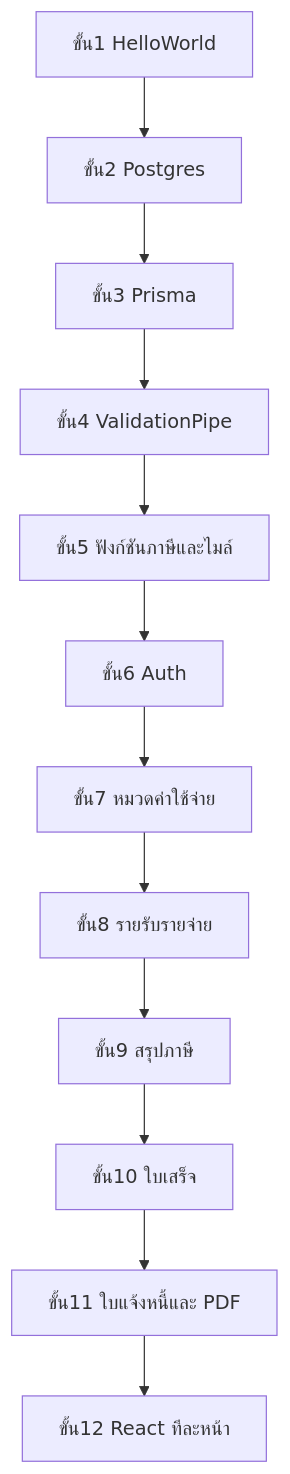
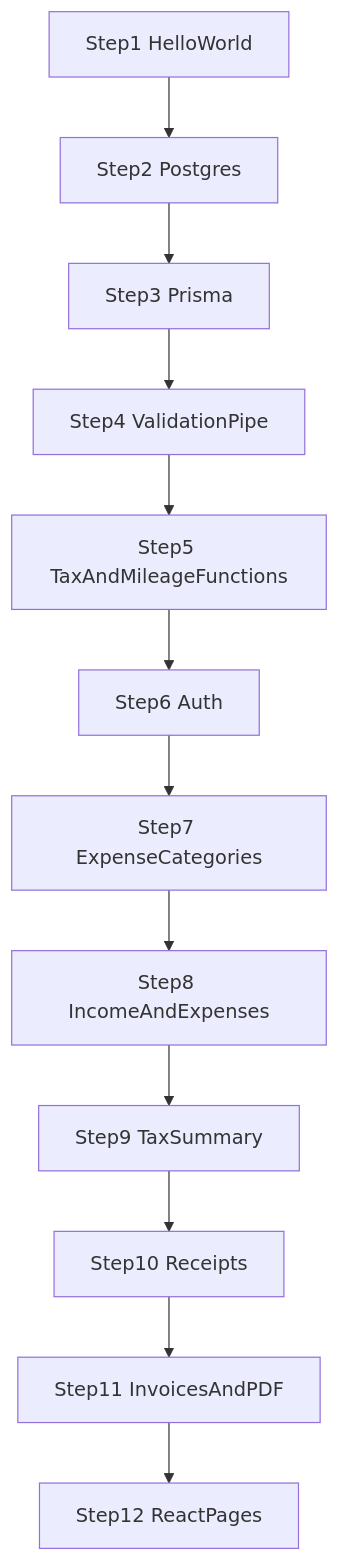
One commit to Toktakk/theratax changed the diagram in docs/02_project_plans.md. Above: the diagram before and after it, drawn with Mermaid. The commit also changed other lines of this file and 15 other files, not shown here.

````diff
--- a/docs/02_project_plans.md
+++ b/docs/02_project_plans.md
@@ -15,16 +9,16 @@
 ```mermaid
 flowchart TD
-  s1[ขั้น1 HelloWorld]
-  s2[ขั้น2 Postgres]
-  s3[ขั้น3 Prisma]
-  s4[ขั้น4 ValidationPipe]
-  s5[ขั้น5 ฟังก์ชันภาษีและไมล์]
-  s6[ขั้น6 Auth]
-  s7[ขั้น7 หมวดค่าใช้จ่าย]
-  s8[ขั้น8 รายรับรายจ่าย]
-  s9[ขั้น9 สรุปภาษี]
-  s10[ขั้น10 ใบเสร็จ]
-  s11[ขั้น11 ใบแจ้งหนี้และ PDF]
-  s12[ขั้น12 React ทีละหน้า]
+  s1[Step1 HelloWorld]
+  s2[Step2 Postgres]
+  s3[Step3 Prisma]
+  s4[Step4 ValidationPipe]
+  s5[Step5 TaxAndMileageFunctions]
+  s6[Step6 Auth]
+  s7[Step7 ExpenseCategories]
+  s8[Step8 IncomeAndExpenses]
+  s9[Step9 TaxSummary]
+  s10[Step10 Receipts]
+  s11[Step11 InvoicesAndPDF]
+  s12[Step12 ReactPages]
   s1 --> s2 --> s3 --> s4 --> s5 --> s6 --> s7 --> s8 --> s9 --> s10 --> s11 --> s12
 ```
````
